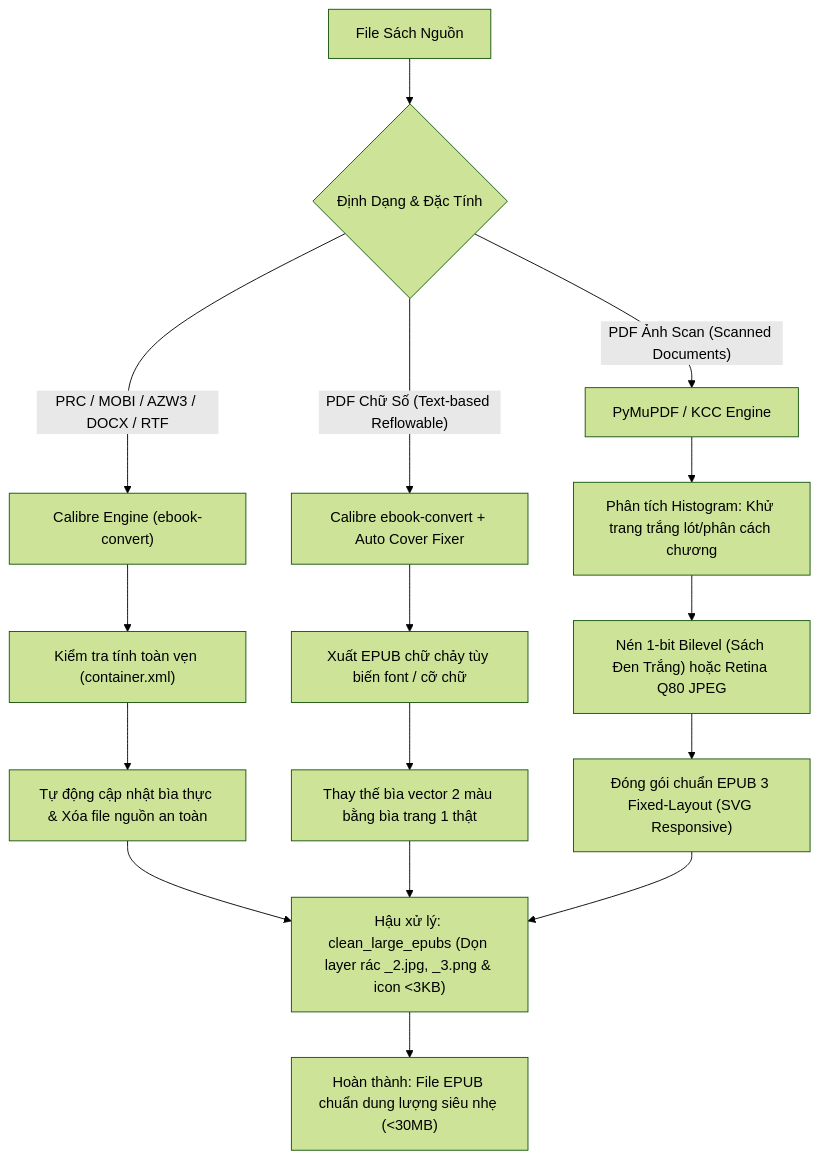
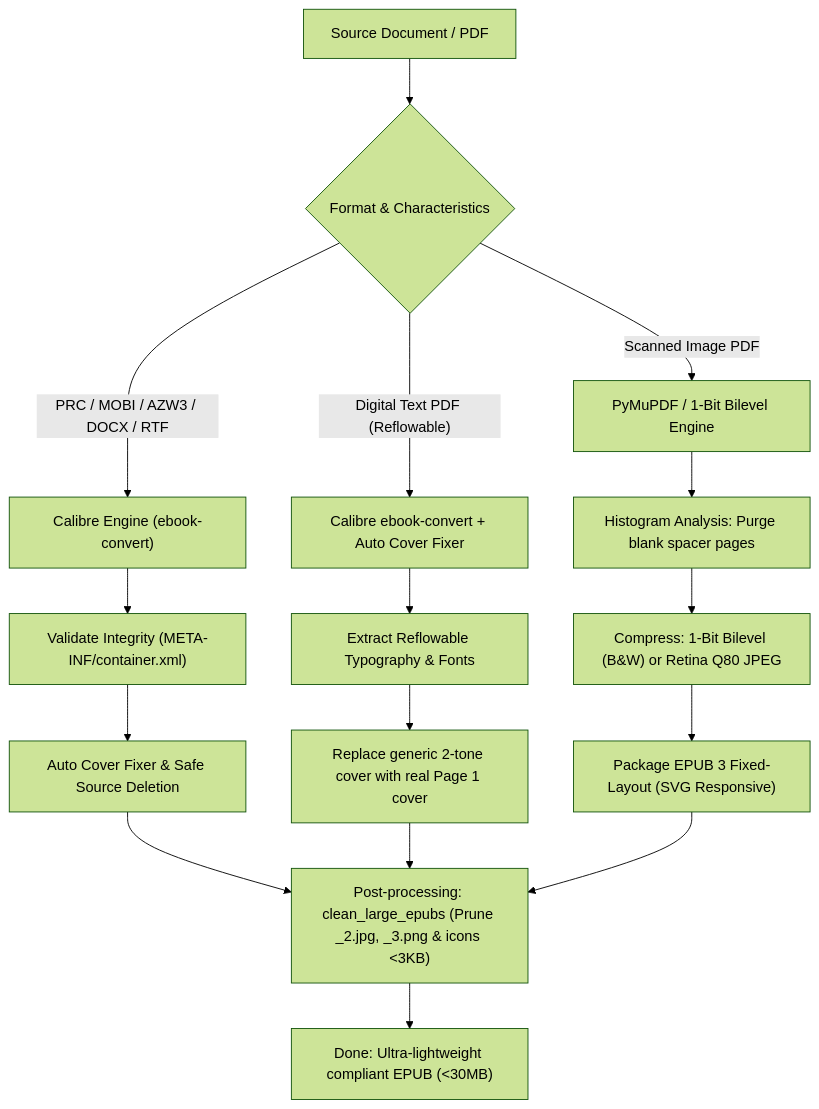
The diagram in SKILL.md (trungtypo-png/epub1t), drawn with Mermaid (forest theme) before and after one commit. The commit also changed other lines of this file and 1 other file, not shown here.

````diff
--- a/SKILL.md
+++ b/SKILL.md
@@ -51,22 +44,22 @@
 ```mermaid
 flowchart TD
-    A["File Sách Nguồn"] --> B{"Định Dạng & Đặc Tính"}
+    A["Source Document / PDF"] --> B{"Format & Characteristics"}
     
     B -->|"PRC / MOBI / AZW3 / DOCX / RTF"| C["Calibre Engine (ebook-convert)"]
-    C --> C1["Kiểm tra tính toàn vẹn (container.xml)"]
-    C1 --> C2["Tự động cập nhật bìa thực & Xóa file nguồn an toàn"]
+    C --> C1["Validate Integrity (META-INF/container.xml)"]
+    C1 --> C2["Auto Cover Fixer & Safe Source Deletion"]
     
-    B -->|"PDF Chữ Số (Text-based Reflowable)"| D["Calibre ebook-convert + Auto Cover Fixer"]
-    D --> D1["Xuất EPUB chữ chảy tùy biến font / cỡ chữ"]
-    D1 --> D2["Thay thế bìa vector 2 màu bằng bìa trang 1 thật"]
+    B -->|"Digital Text PDF (Reflowable)"| D["Calibre ebook-convert + Auto Cover Fixer"]
+    D --> D1["Extract Reflowable Typography & Fonts"]
+    D1 --> D2["Replace generic 2-tone cover with real Page 1 cover"]
     
-    B -->|"PDF Ảnh Scan (Scanned Documents)"| E["PyMuPDF / KCC Engine"]
-    E --> E1["Phân tích Histogram: Khử trang trắng lót/phân cách chương"]
-    E1 --> E2["Nén 1-bit Bilevel (Sách Đen Trắng) hoặc Retina Q80 JPEG"]
-    E2 --> E3["Đóng gói chuẩn EPUB 3 Fixed-Layout (SVG Responsive)"]
+    B -->|"Scanned Image PDF"| E["PyMuPDF / 1-Bit Bilevel Engine"]
+    E --> E1["Histogram Analysis: Purge blank spacer pages"]
+    E1 --> E2["Compress: 1-Bit Bilevel (B&W) or Retina Q80 JPEG"]
+    E2 --> E3["Package EPUB 3 Fixed-Layout (SVG Responsive)"]
     
-    C2 --> F["Hậu xử lý: clean_large_epubs (Dọn layer rác _2.jpg, _3.png & icon <3KB)"]
+    C2 --> F["Post-processing: clean_large_epubs (Prune _2.jpg, _3.png & icons <3KB)"]
     D2 --> F
     E3 --> F
-    F --> G["Hoàn thành: File EPUB chuẩn dung lượng siêu nhẹ (<30MB)"]
+    F --> G["Done: Ultra-lightweight compliant EPUB (<30MB)"]
 ```
````
